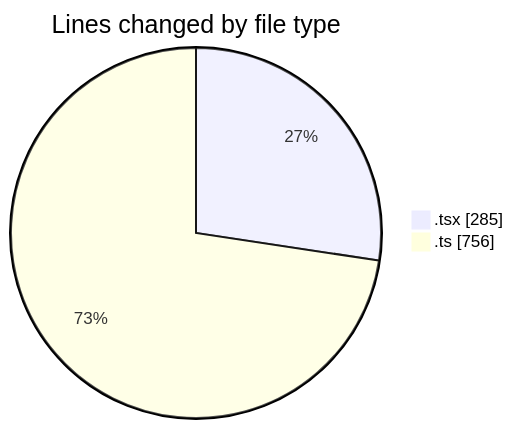
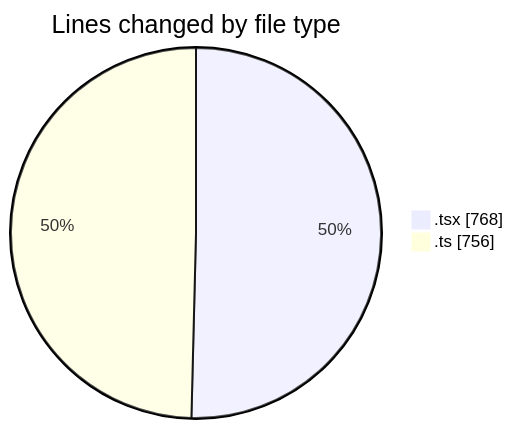
Before and after one commit to EIIisD/code-tracking: the first of 2 diagrams in 2025-07-11/ribbon/README.md, drawn with Mermaid. The commit also changed other lines of this file and 1 other file, not shown here.

````diff
--- a/2025-07-11/ribbon/README.md
+++ b/2025-07-11/ribbon/README.md
@@ -25,6 +30,6 @@
 ```mermaid
 pie showData
 title Lines changed by file type
-".tsx" : 285
+".tsx" : 768
 ".ts" : 756
 ```
````
